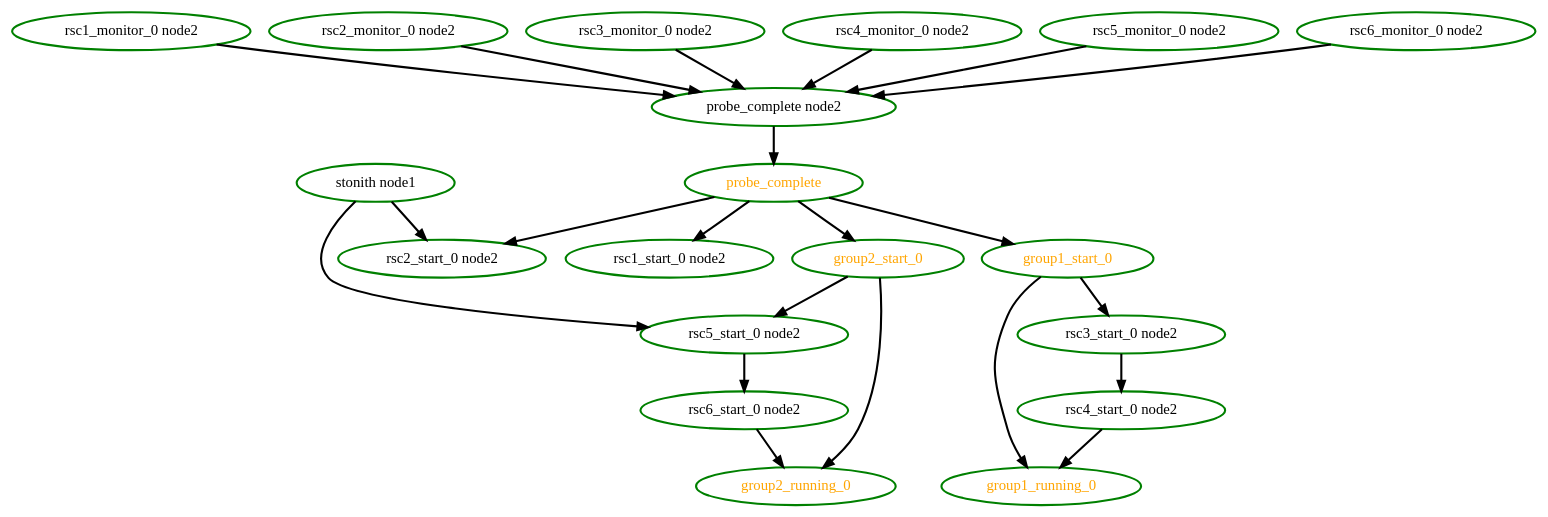
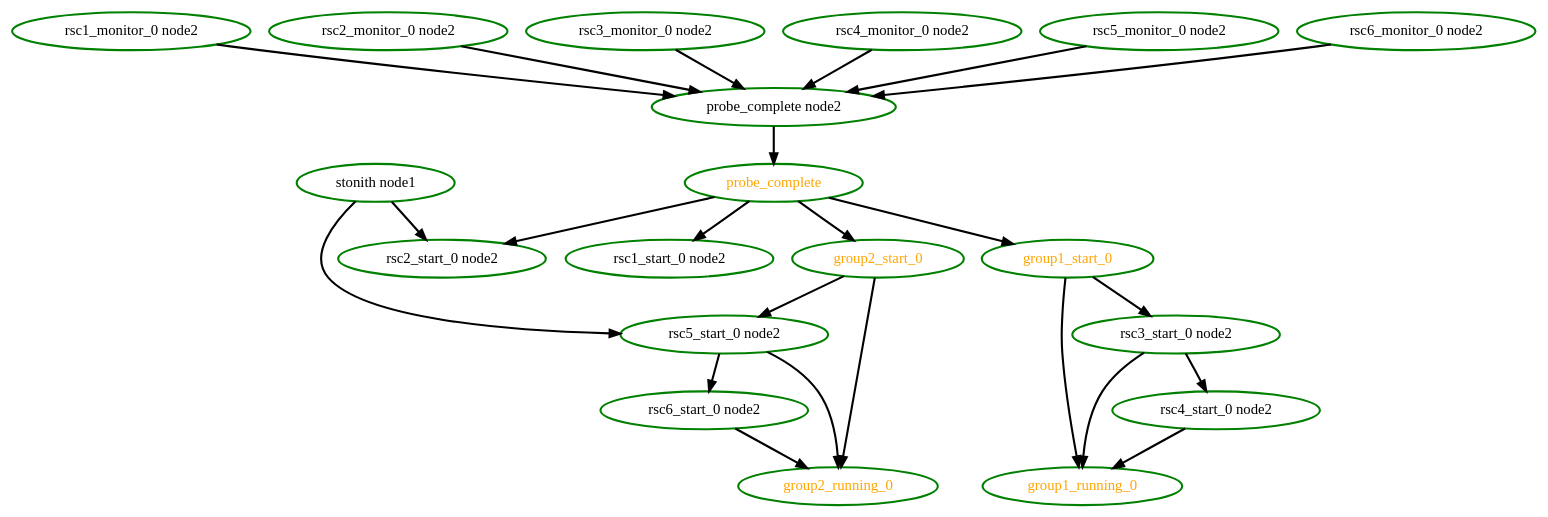
Before and after one commit to richiewen8/heartbeat: the diagram in crm/pengine/testcases/rec-node-2.dot, drawn with Graphviz. The commit also changed 40 other files, not shown here.

```diff
--- a/crm/pengine/testcases/rec-node-2.dot
+++ b/crm/pengine/testcases/rec-node-2.dot
@@ -1,42 +1,44 @@
  digraph "g" {
 "group1_running_0" [ style=bold color="green" fontcolor="orange" ]
 "group1_start_0" -> "group1_running_0" [ style = bold]
 "group1_start_0" -> "rsc3_start_0 node2" [ style = bold]
 "group1_start_0" [ style=bold color="green" fontcolor="orange" ]
 "group2_running_0" [ style=bold color="green" fontcolor="orange" ]
 "group2_start_0" -> "group2_running_0" [ style = bold]
 "group2_start_0" -> "rsc5_start_0 node2" [ style = bold]
 "group2_start_0" [ style=bold color="green" fontcolor="orange" ]
 "probe_complete node2" -> "probe_complete" [ style = bold]
 "probe_complete node2" [ style=bold color="green" fontcolor="black" ]
 "probe_complete" -> "group1_start_0" [ style = bold]
 "probe_complete" -> "group2_start_0" [ style = bold]
 "probe_complete" -> "rsc1_start_0 node2" [ style = bold]
 "probe_complete" -> "rsc2_start_0 node2" [ style = bold]
 "probe_complete" [ style=bold color="green" fontcolor="orange" ]
 "rsc1_monitor_0 node2" -> "probe_complete node2" [ style = bold]
 "rsc1_monitor_0 node2" [ style=bold color="green" fontcolor="black" ]
 "rsc1_start_0 node2" [ style=bold color="green" fontcolor="black" ]
 "rsc2_monitor_0 node2" -> "probe_complete node2" [ style = bold]
 "rsc2_monitor_0 node2" [ style=bold color="green" fontcolor="black" ]
 "rsc2_start_0 node2" [ style=bold color="green" fontcolor="black" ]
 "rsc3_monitor_0 node2" -> "probe_complete node2" [ style = bold]
 "rsc3_monitor_0 node2" [ style=bold color="green" fontcolor="black" ]
+"rsc3_start_0 node2" -> "group1_running_0" [ style = bold]
 "rsc3_start_0 node2" -> "rsc4_start_0 node2" [ style = bold]
 "rsc3_start_0 node2" [ style=bold color="green" fontcolor="black" ]
 "rsc4_monitor_0 node2" -> "probe_complete node2" [ style = bold]
 "rsc4_monitor_0 node2" [ style=bold color="green" fontcolor="black" ]
 "rsc4_start_0 node2" -> "group1_running_0" [ style = bold]
 "rsc4_start_0 node2" [ style=bold color="green" fontcolor="black" ]
 "rsc5_monitor_0 node2" -> "probe_complete node2" [ style = bold]
 "rsc5_monitor_0 node2" [ style=bold color="green" fontcolor="black" ]
+"rsc5_start_0 node2" -> "group2_running_0" [ style = bold]
 "rsc5_start_0 node2" -> "rsc6_start_0 node2" [ style = bold]
 "rsc5_start_0 node2" [ style=bold color="green" fontcolor="black" ]
 "rsc6_monitor_0 node2" -> "probe_complete node2" [ style = bold]
 "rsc6_monitor_0 node2" [ style=bold color="green" fontcolor="black" ]
 "rsc6_start_0 node2" -> "group2_running_0" [ style = bold]
 "rsc6_start_0 node2" [ style=bold color="green" fontcolor="black" ]
 "stonith node1" -> "rsc2_start_0 node2" [ style = bold]
 "stonith node1" -> "rsc5_start_0 node2" [ style = bold]
 "stonith node1" [ style=bold color="green" fontcolor="black" ]
 }
```
